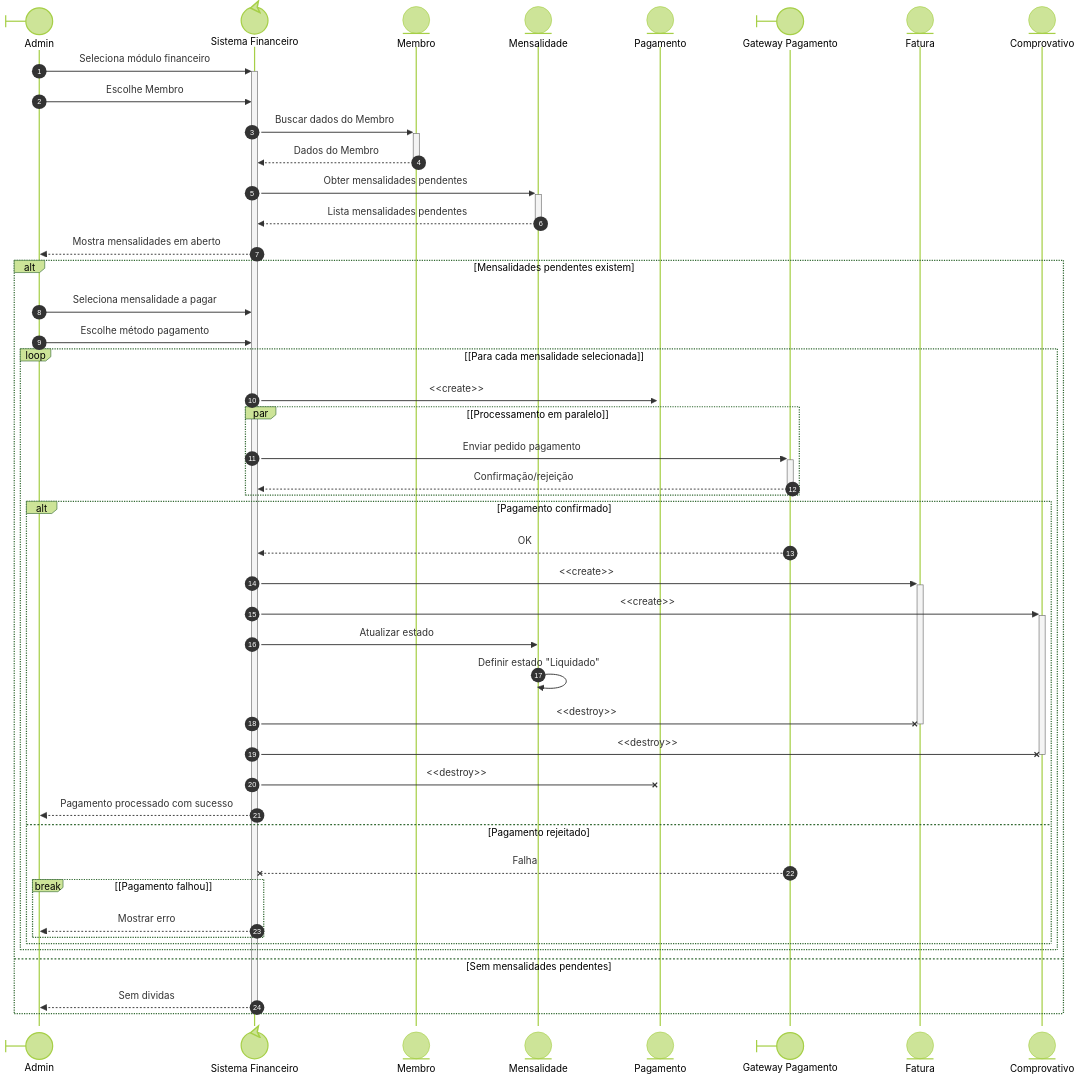
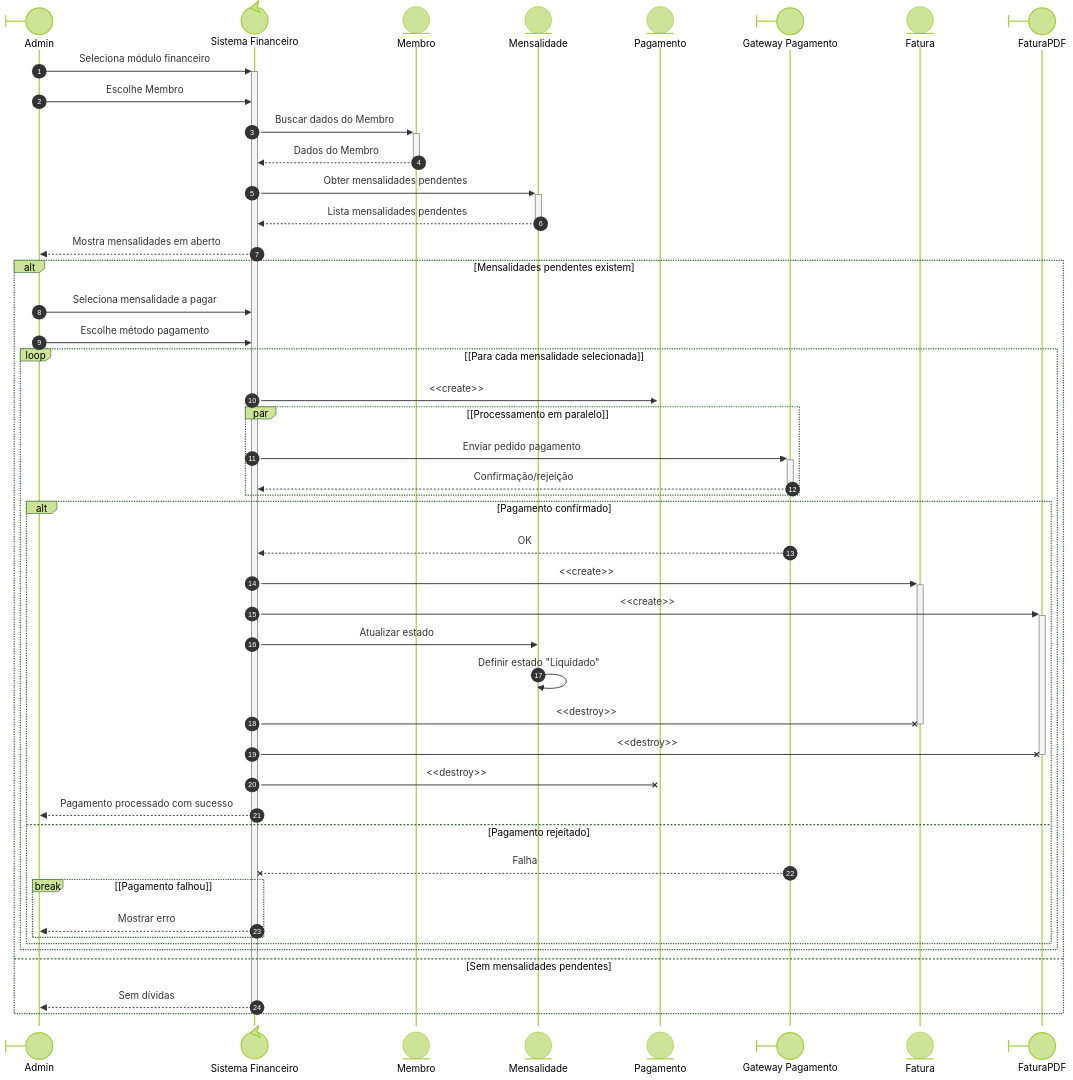
Before and after one commit to TiagoJacinto/mses-gym-docs: the second of 3 diagrams in public/Trabalho-MSES.md, drawn with Mermaid (forest theme). The commit also changed other lines of this file, not shown here.

````diff
--- a/public/Trabalho-MSES.md
+++ b/public/Trabalho-MSES.md
@@ -844,58 +775,58 @@
 ```mermaid
 sequenceDiagram
     autonumber
 
     participant Admin@{ "type" : "boundary" } as Admin
     participant SisFinanceiro@{ "type" : "control" } as Sistema Financeiro
     participant Membro@{ "type" : "entity" }
     participant Mensalidade@{ "type" : "entity" }
     participant Pagamento@{ "type" : "entity" }
     participant Gateway@{ "type" : "boundary" } as Gateway Pagamento
     participant Fatura@{ "type" : "entity" }
-    participant Comprovativo@{ "type" : "entity" }
+    participant FaturaPDF@{ "type" : "boundary" } as FaturaPDF
 
     Admin->>+SisFinanceiro: Seleciona módulo financeiro
     Admin->>SisFinanceiro: Escolhe Membro
     SisFinanceiro->>+Membro: Buscar dados do Membro
     Membro-->>-SisFinanceiro: Dados do Membro
     SisFinanceiro->>+Mensalidade: Obter mensalidades pendentes
     Mensalidade-->>-SisFinanceiro: Lista mensalidades pendentes
     SisFinanceiro-->>Admin: Mostra mensalidades em aberto
 
     alt Mensalidades pendentes existem
         Admin->>SisFinanceiro: Seleciona mensalidade a pagar
         Admin->>SisFinanceiro: Escolhe método pagamento
 
         loop [Para cada mensalidade selecionada]
             SisFinanceiro->>+Pagamento: <<create>>
             par [Processamento em paralelo]
                 SisFinanceiro->>+Gateway: Enviar pedido pagamento
                 Gateway-->>-SisFinanceiro: Confirmação/rejeição
             end
 
             alt Pagamento confirmado
                 Gateway-->>SisFinanceiro: OK
                 SisFinanceiro->>+Fatura: <<create>>
-                SisFinanceiro->>+Comprovativo: <<create>>
+                SisFinanceiro->>+FaturaPDF: <<create>>
                 SisFinanceiro->>Mensalidade: Atualizar estado
                 Mensalidade->>Mensalidade: Definir estado "Liquidado"
                 SisFinanceiro-xFatura: <<destroy>>
                 deactivate Fatura
-                SisFinanceiro-xComprovativo: <<destroy>>
-                deactivate Comprovativo
+                SisFinanceiro-xFaturaPDF: <<destroy>>
+                deactivate FaturaPDF
                 SisFinanceiro-xPagamento: <<destroy>>
                 SisFinanceiro-->>Admin: Pagamento processado com sucesso
             else Pagamento rejeitado
                 Gateway--xSisFinanceiro: Falha
                 break [Pagamento falhou]
                     SisFinanceiro-->>Admin: Mostrar erro
                 end
             end
         end
 
     else Sem mensalidades pendentes
-        SisFinanceiro-->>Admin: Sem dividas
+        SisFinanceiro-->>Admin: Sem dívidas
     end
 
     deactivate SisFinanceiro
 ```
````
